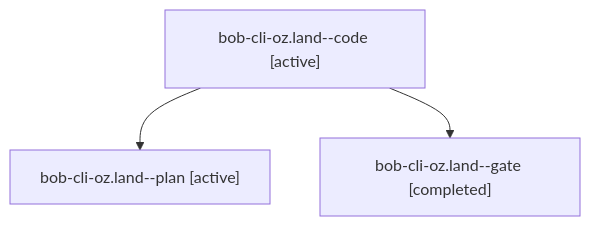
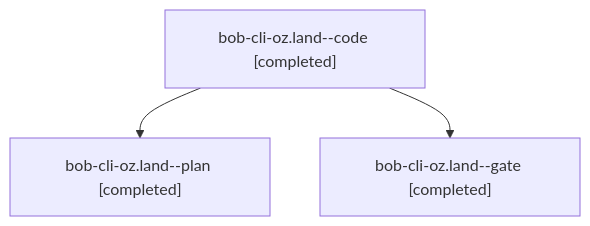
Before and after one commit to bobs-org/bob-cli--agents: the diagram in sessions/bbugyi200.apollo.bob-cli-oz.land.md, drawn with Mermaid. The commit also changed other lines of this file and 29 other files, not shown here.

````diff
--- a/sessions/bbugyi200.apollo.bob-cli-oz.land.md
+++ b/sessions/bbugyi200.apollo.bob-cli-oz.land.md
@@ -9,8 +9,8 @@
 ```mermaid
 flowchart TD
-  n0["bob-cli-oz.land--code [active]"]
-  n1["bob-cli-oz.land--plan [active]"]
+  n0["bob-cli-oz.land--code [completed]"]
+  n1["bob-cli-oz.land--plan [completed]"]
   n0 --> n1
   n2["bob-cli-oz.land--gate [completed]"]
   n0 --> n2
 ```
````
